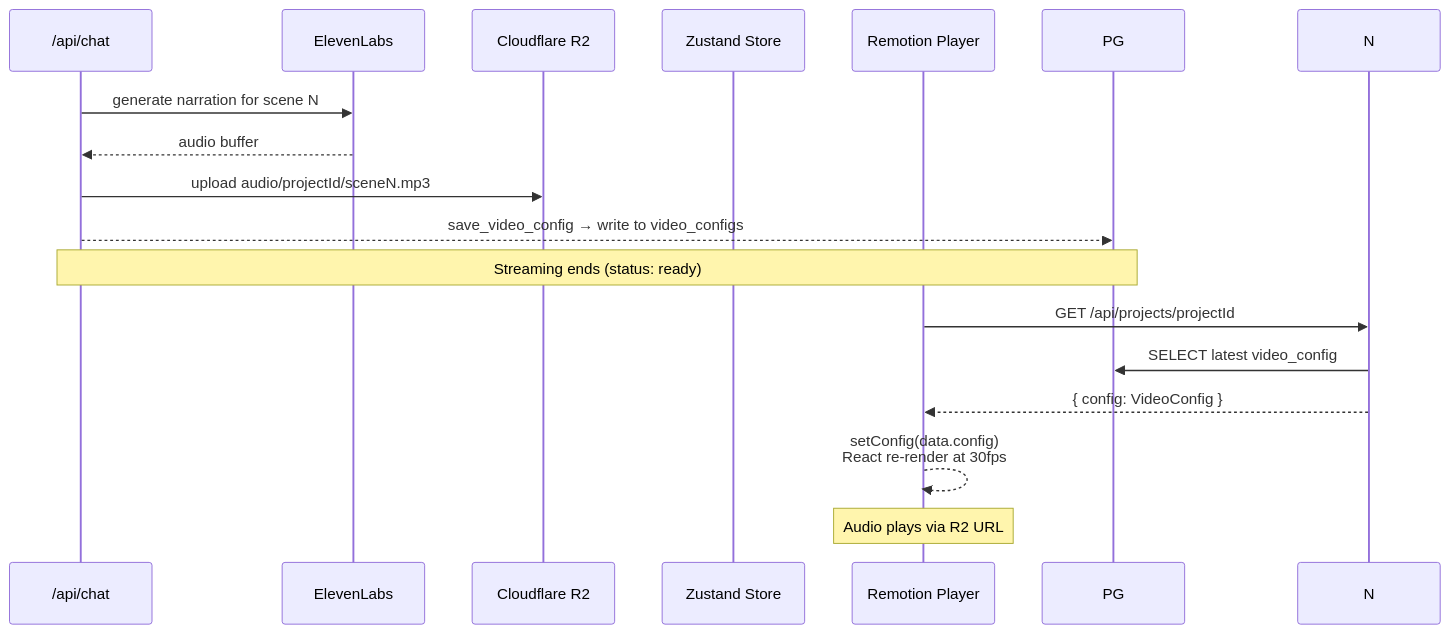
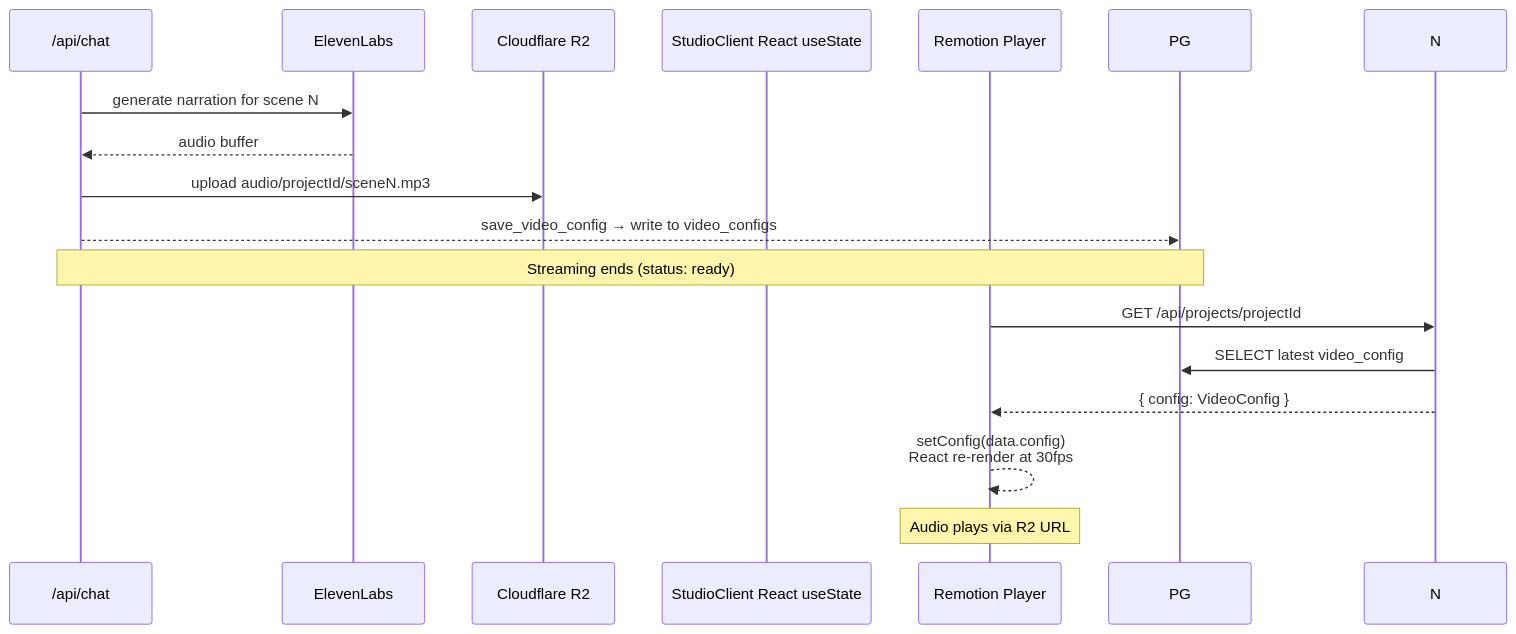
One commit to lokeswaran-aj/opencut changed the second of 6 diagrams in docs/architecture.md. Above: the diagram before and after it, drawn with Mermaid. The commit also changed other lines of this file and 13 other files, not shown here.

````diff
--- a/docs/architecture.md
+++ b/docs/architecture.md
@@ -112,19 +112,19 @@
 ```mermaid
 sequenceDiagram
     participant AI as /api/chat
     participant EL as ElevenLabs
     participant R2 as Cloudflare R2
-    participant ZS as Zustand Store
+    participant ZS as StudioClient React useState
     participant RP as Remotion Player
 
     AI->>EL: generate narration for scene N
     EL-->>AI: audio buffer
     AI->>R2: upload audio/projectId/sceneN.mp3
     AI-->>PG: save_video_config → write to video_configs
     Note over AI,PG: Streaming ends (status: ready)
     RP->>N: GET /api/projects/projectId
     N->>PG: SELECT latest video_config
     N-->>RP: { config: VideoConfig }
     RP-->>RP: setConfig(data.config)<br/>React re-render at 30fps
     Note over RP: Audio plays via R2 URL
 ```
````
